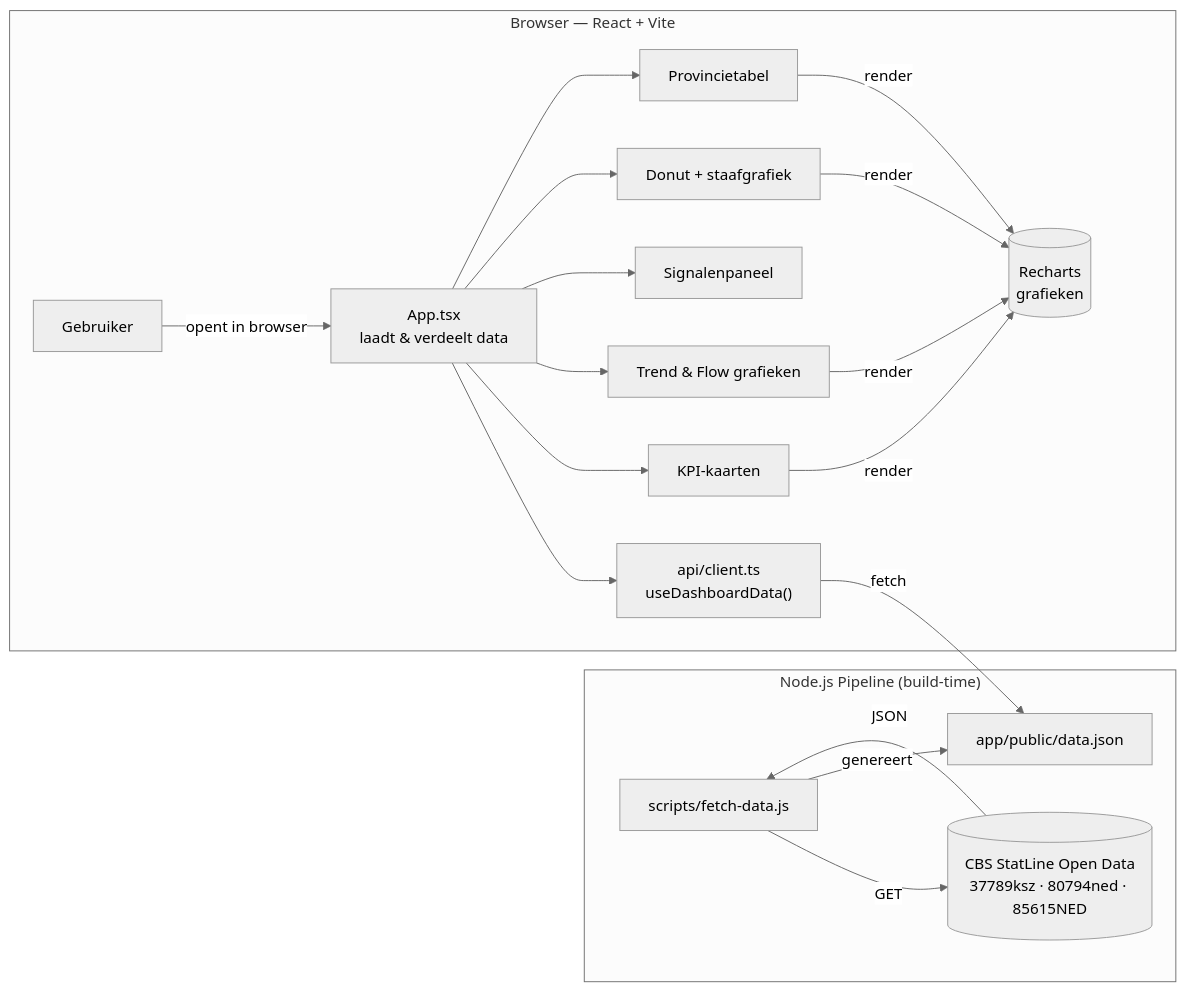
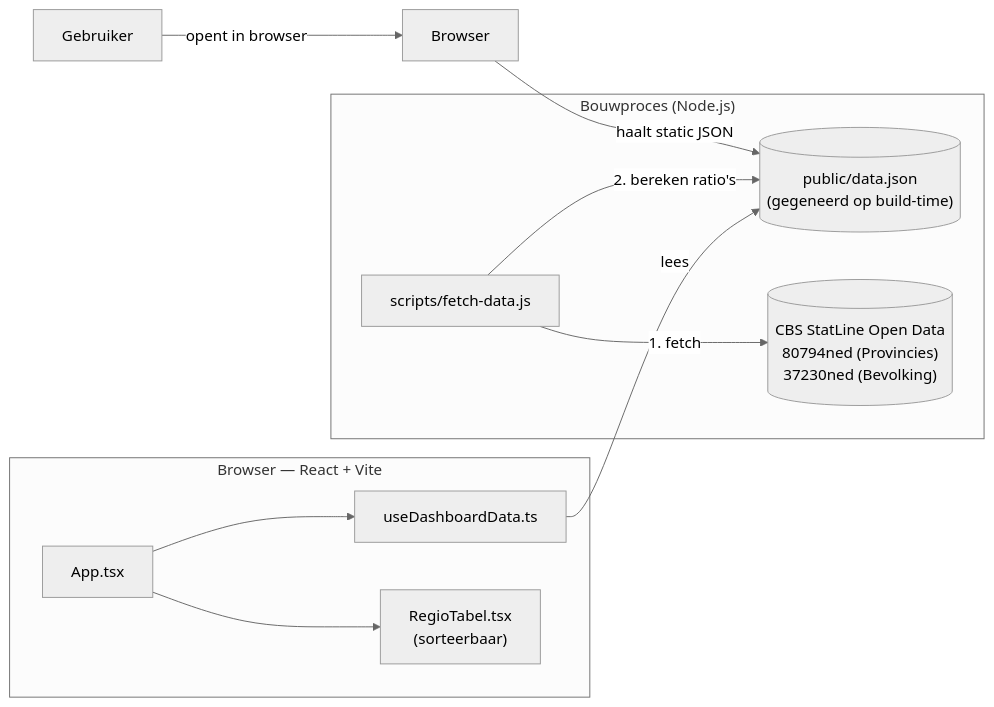
Before and after one commit to guidoverboom/ai-workshop-inclusie-dashboard: the diagram in sessie-06/ARCHITECTUUR.md, drawn with Mermaid (neutral theme). The commit also changed other lines of this file and 2 other files, not shown here.

Commit message:
docs: update architecture, definitions, and storyline for v0.2

````diff
--- a/sessie-06/ARCHITECTUUR.md
+++ b/sessie-06/ARCHITECTUUR.md
@@ -10,28 +9,22 @@
 ```mermaid
 flowchart LR
-    subgraph Data Pipeline ["Node.js Pipeline (build-time)"]
-        FetchData["scripts/fetch-data.js"]
-        CBS[("CBS StatLine Open Data<br/>37789ksz · 80794ned · 85615NED")]
-        DataJson["app/public/data.json"]
+    Gebruiker -->|opent in browser| Browser
+    Browser -->|haalt static JSON| JSON[("public/data.json<br/>(gegeneerd op build-time)")]
 
-        FetchData -->|GET| CBS
-        CBS -->|JSON| FetchData
-        FetchData -->|genereert| DataJson
+    subgraph "Bouwproces (Node.js)"
+        Fetch["scripts/fetch-data.js"]
+        CBS[("CBS StatLine Open Data<br/>80794ned (Provincies)<br/>37230ned (Bevolking)")]
+        Fetch -->|1. fetch| CBS
+        Fetch -->|2. bereken ratio's| JSON
     end
 
-    subgraph Browser ["Browser — React + Vite"]
-        Gebruiker -->|opent in browser| App
-        App["App.tsx<br/>laadt & verdeelt data"]
-        Client["api/client.ts<br/>useDashboardData()"]
-        KPI[KPI-kaarten]
-        Trend[Trend & Flow grafieken]
-        Signalen["Signalenpaneel"]
-        Verdeling[Donut + staafgrafiek]
-        Tabel["Provincietabel"]
-
-        App --> Client
-        Client -->|fetch| DataJson
-        App --> KPI & Trend & Signalen & Verdeling & Tabel
-        KPI & Trend & Verdeling & Tabel -->|render| Recharts[("Recharts<br/>grafieken")]
+    subgraph "Browser — React + Vite"
+        App["App.tsx"]
+        Hook["useDashboardData.ts"]
+        Tabel["RegioTabel.tsx<br/>(sorteerbaar)"]
+        
+        App --> Hook
+        Hook -->|lees| JSON
+        App --> Tabel
     end
 ```
````
